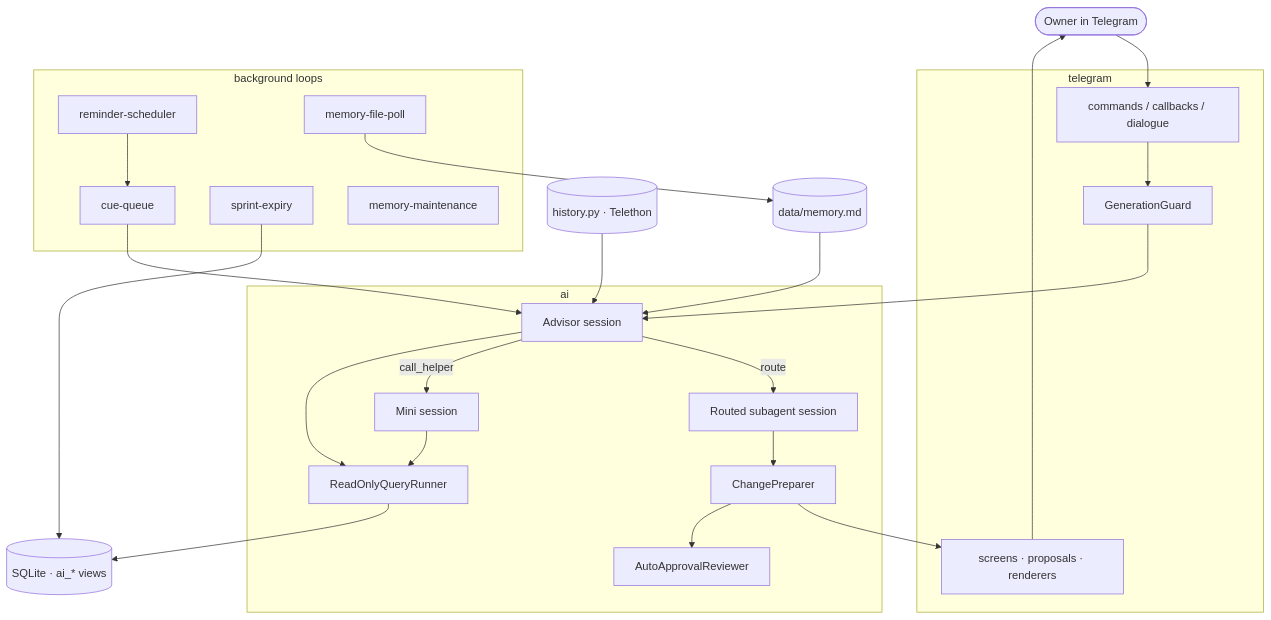
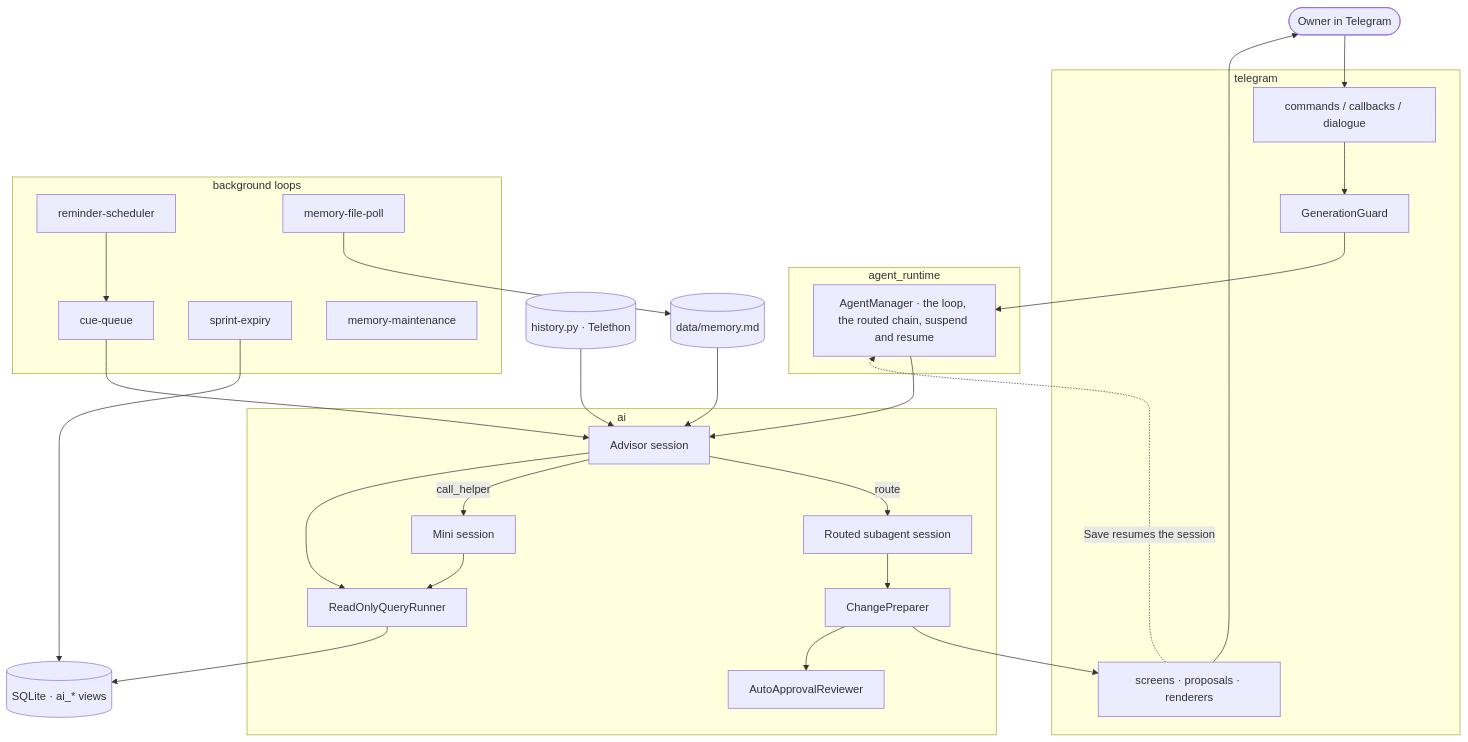
One commit to myvaheed/tg-ai-safwa changed the first of 10 diagrams in docs/AGENT_ARCH.md. Above: the diagram before and after it, drawn with Mermaid. The commit also changed other lines of this file and 27 other files, not shown here.

````diff
--- a/docs/AGENT_ARCH.md
+++ b/docs/AGENT_ARCH.md
@@ -10,41 +10,46 @@
 ```mermaid
 flowchart TB
     OWNER([Owner in Telegram])
     subgraph TG[telegram]
         HANDLERS[commands / callbacks / dialogue]
         GUARD[GenerationGuard]
         SCREENS[screens · proposals · renderers]
+    end
+    subgraph RT[agent_runtime]
+        MGR[AgentManager · the loop, the routed chain, suspend and resume]
     end
     subgraph AI[ai]
         ADV[Advisor session]
         SUB[Routed subagent session]
         MINI[Mini session]
         PREP[ChangePreparer]
         AUTO[AutoApprovalReviewer]
         SQL[ReadOnlyQueryRunner]
     end
     subgraph BG[background loops]
         CUE[cue-queue]
         REM[reminder-scheduler]
         SPR[sprint-expiry]
         MEMP[memory-file-poll]
         MEMM[memory-maintenance]
     end
     HIST[(history.py · Telethon)]
     MEM[(data/memory.md)]
     DB[(SQLite · ai_* views)]
 
-    OWNER --> HANDLERS --> GUARD --> ADV
+    OWNER --> HANDLERS --> GUARD --> MGR
+    MGR --> ADV
+    SCREENS -.->|Save resumes the session| MGR
     ADV -->|route| SUB
     ADV -->|call_helper| MINI
     SUB --> PREP --> SCREENS --> OWNER
     PREP --> AUTO
     ADV --> SQL --> DB
     MINI --> SQL
     HIST --> ADV
     MEM --> ADV
     CUE --> ADV
     REM --> CUE
     SPR --> DB
     MEMP --> MEM
 ```
````
